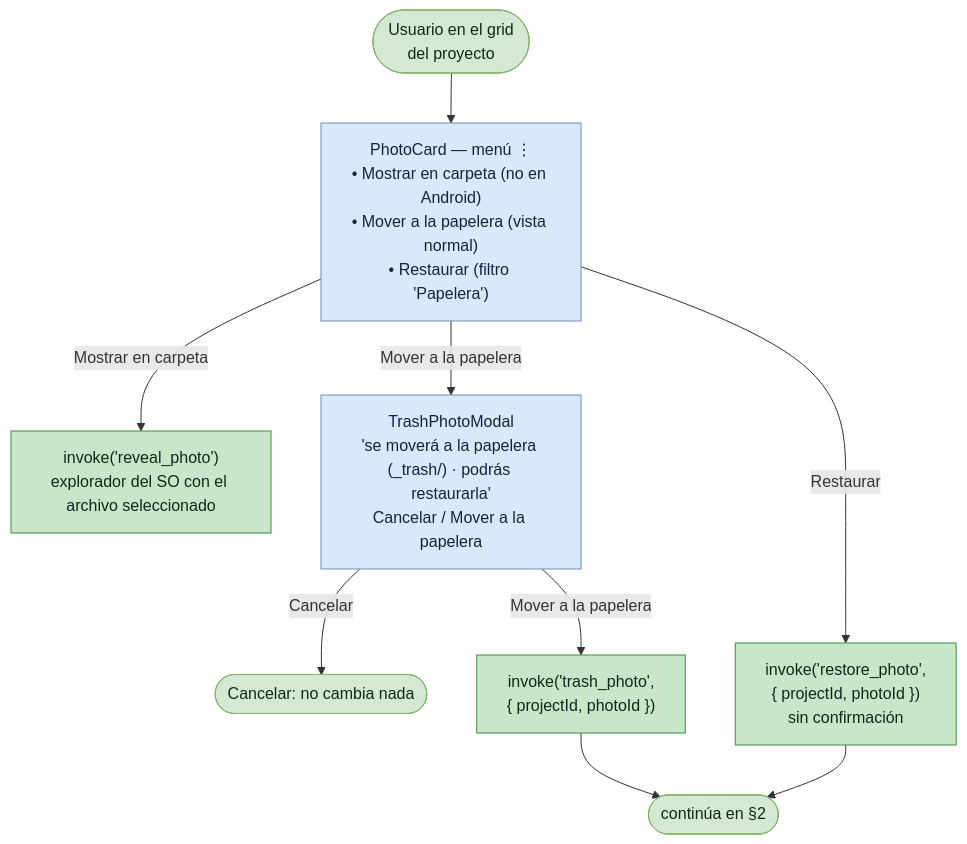
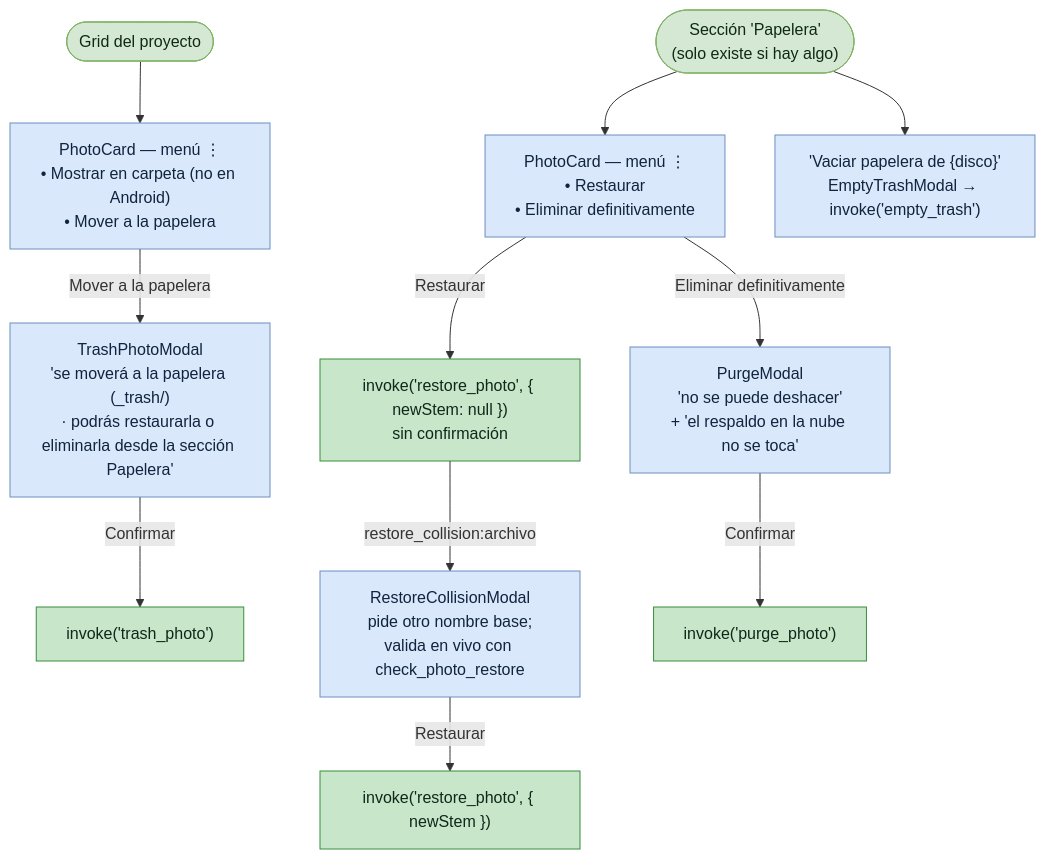
One commit to everitosan/lumik changed the second of 4 diagrams in docs/useCases/flujo-papelera-foto.md. Above: the diagram before and after it, drawn with Mermaid. The commit also changed other lines of this file and 93 other files, not shown here.

````diff
--- a/docs/useCases/flujo-papelera-foto.md
+++ b/docs/useCases/flujo-papelera-foto.md
@@ -44,25 +53,29 @@
 ```mermaid
 flowchart TD
-    start(["Usuario en el grid<br/>del proyecto"])
-    menu["PhotoCard — menú ⋮<br/>• Mostrar en carpeta (no en Android)<br/>• Mover a la papelera (vista normal)<br/>• Restaurar (filtro 'Papelera')"]
-    reveal["invoke('reveal_photo')<br/>explorador del SO con el archivo seleccionado"]
-    modal["TrashPhotoModal<br/>'se moverá a la papelera (_trash/) · podrás restaurarla'<br/>Cancelar / Mover a la papelera"]
-    cancel(["Cancelar: no cambia nada"])
-    inv_trash["invoke('trash_photo',<br/>{ projectId, photoId })"]
-    inv_res["invoke('restore_photo',<br/>{ projectId, photoId })<br/>sin confirmación"]
-    next(["continúa en §2"])
+    grid(["Grid del proyecto"])
+    menu["PhotoCard — menú ⋮<br/>• Mostrar en carpeta (no en Android)<br/>• Mover a la papelera"]
+    modal["TrashPhotoModal<br/>'se moverá a la papelera (_trash/)<br/>· podrás restaurarla o eliminarla desde la sección Papelera'"]
+    inv_trash["invoke('trash_photo')"]
+    section(["Sección 'Papelera'<br/>(solo existe si hay algo)"])
+    menu2["PhotoCard — menú ⋮<br/>• Restaurar<br/>• Eliminar definitivamente"]
+    inv_res["invoke('restore_photo', { newStem: null })<br/>sin confirmación"]
+    collision["RestoreCollisionModal<br/>pide otro nombre base;<br/>valida en vivo con check_photo_restore"]
+    inv_res2["invoke('restore_photo', { newStem })"]
+    purge_modal["PurgeModal<br/>'no se puede deshacer'<br/>+ 'el respaldo en la nube no se toca'"]
+    inv_purge["invoke('purge_photo')"]
+    empty["'Vaciar papelera de {disco}'<br/>EmptyTrashModal → invoke('empty_trash')"]
 
-    start --> menu
-    menu -->|Mostrar en carpeta| reveal
-    menu -->|Mover a la papelera| modal
-    modal -->|Cancelar| cancel
-    modal -->|Mover a la papelera| inv_trash --> next
-    menu -->|Restaurar| inv_res --> next
+    grid --> menu -->|Mover a la papelera| modal -->|Confirmar| inv_trash
+    section --> menu2
+    menu2 -->|Restaurar| inv_res
+    inv_res -->|restore_collision:archivo| collision -->|Restaurar| inv_res2
+    menu2 -->|Eliminar definitivamente| purge_modal -->|Confirmar| inv_purge
+    section --> empty
 
     classDef term fill:#d5e8d4,stroke:#82b366,color:#102a12
     classDef ui fill:#dae8fc,stroke:#6c8ebf,color:#10243d
     classDef ipc fill:#c8e6c9,stroke:#388e3c,color:#10281a
-    class start,next,cancel term
-    class menu,modal ui
-    class reveal,inv_trash,inv_res ipc
+    class grid,section term
+    class menu,modal,menu2,collision,purge_modal,empty ui
+    class inv_trash,inv_res,inv_res2,inv_purge ipc
 ```
````
